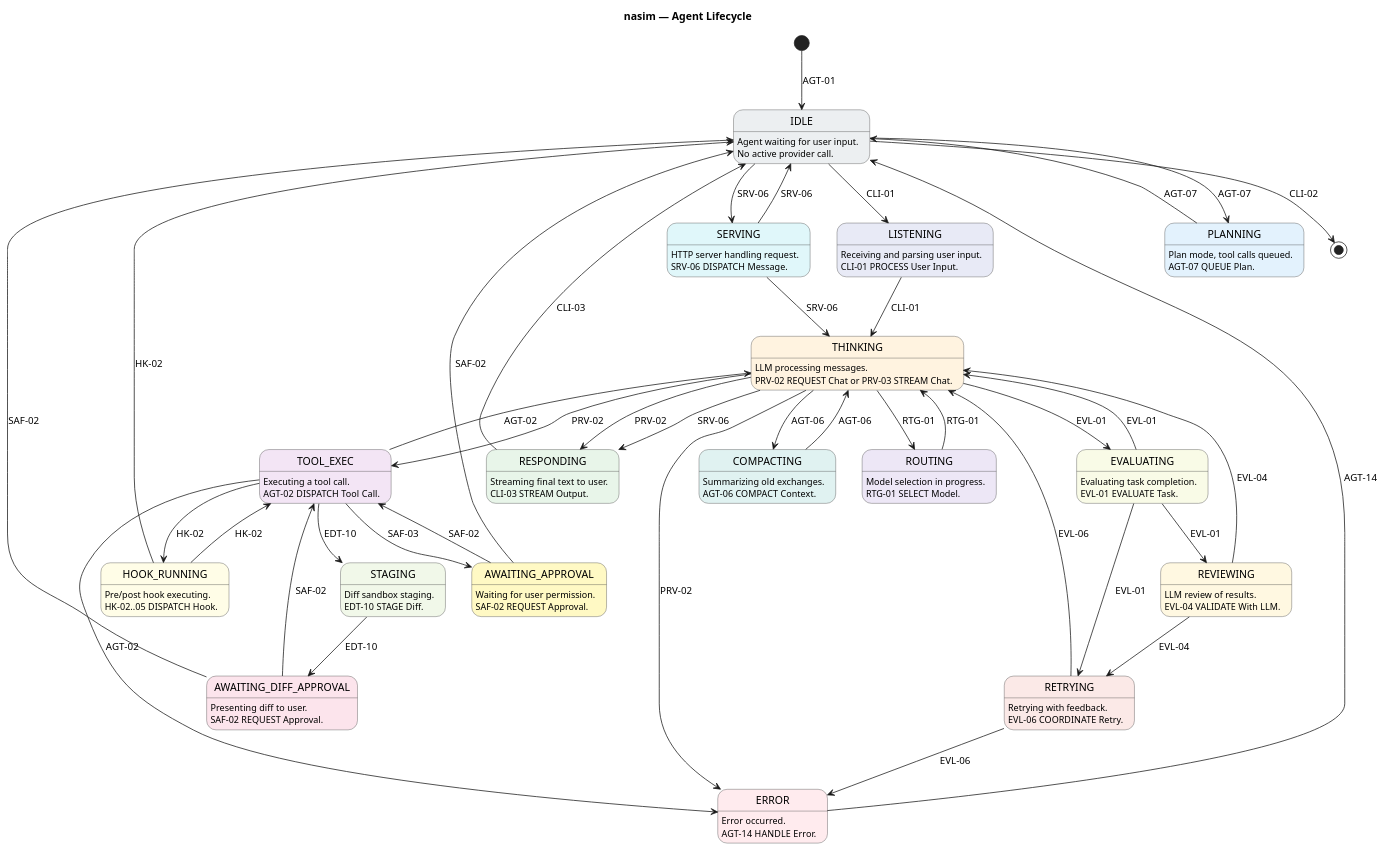
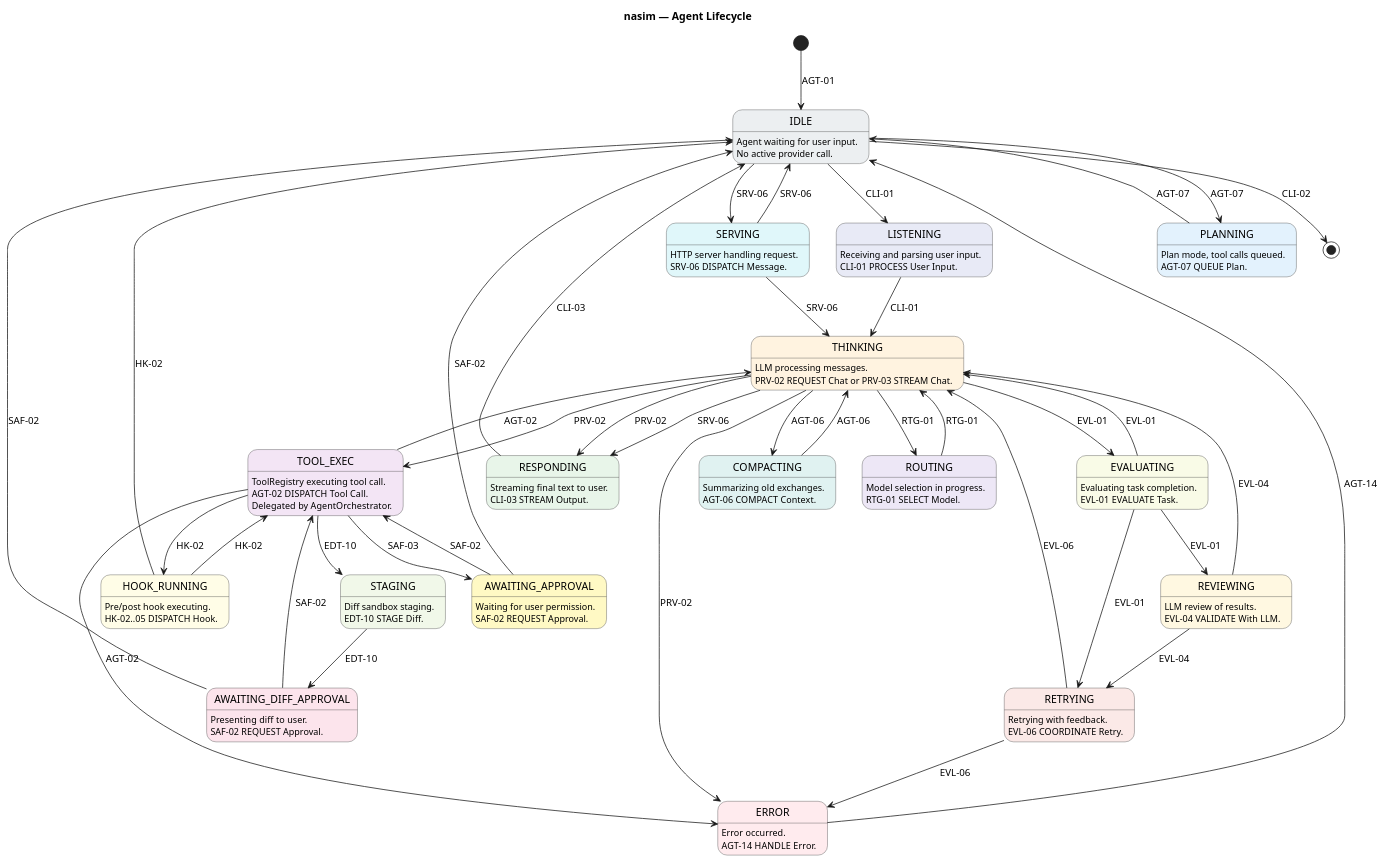
One commit to salimnamvar/nasim changed the second of 4 diagrams in SM.md. Above: the diagram before and after it, drawn with PlantUML. The commit also changed 5 other files, not shown here.

```diff
--- a/SM.md
+++ b/SM.md
@@ -225,8 +225,9 @@
 THINKING : PRV-02 REQUEST Chat or PRV-03 STREAM Chat.
 
 state "TOOL_EXEC" as TOOL_EXEC #F3E5F5
-TOOL_EXEC : Executing a tool call.
+TOOL_EXEC : ToolRegistry executing tool call.
 TOOL_EXEC : AGT-02 DISPATCH Tool Call.
+TOOL_EXEC : Delegated by AgentOrchestrator.
 
 state "RESPONDING" as RESPONDING #E8F5E9
 RESPONDING : Streaming final text to user.
```
